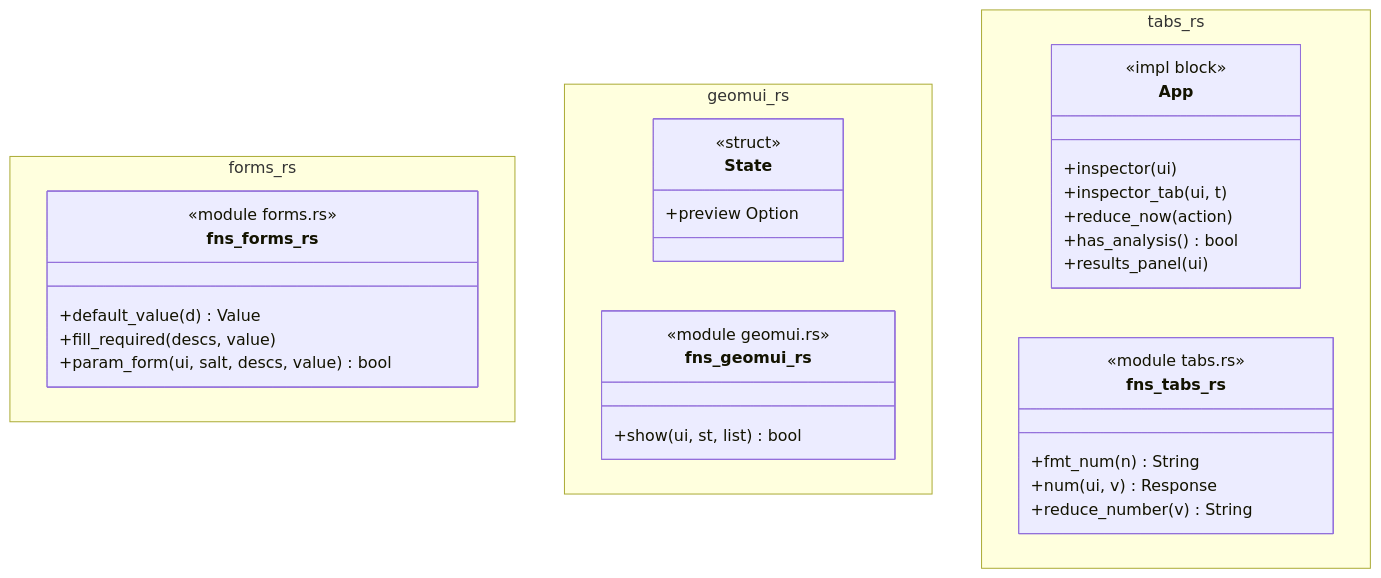
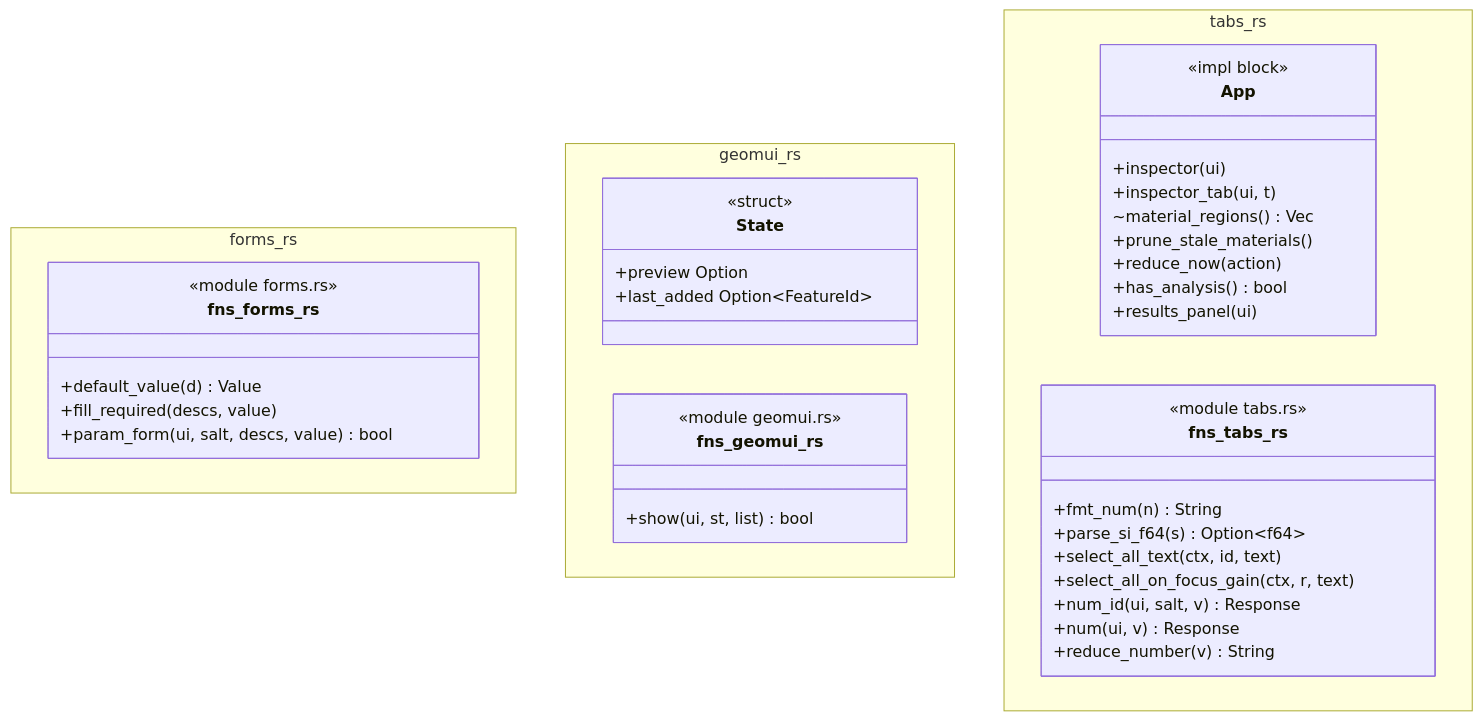
One commit to p-j-r/nyx changed the diagram in docs/architecture/c4/4-code/app/inspector.md. Above: the diagram before and after it, drawn with Mermaid. The commit also changed other lines of this file and 30 other files, not shown here.

````diff
--- a/docs/architecture/c4/4-code/app/inspector.md
+++ b/docs/architecture/c4/4-code/app/inspector.md
@@ -38,37 +38,44 @@
 ```mermaid
 classDiagram
   namespace forms_rs {
     class fns_forms_rs {
         <<module forms.rs>>
         +default_value(d) Value
         +fill_required(descs, value)
         +param_form(ui, salt, descs, value) bool
     }
   }
   namespace geomui_rs {
     class State {
         <<struct>>
         +preview Option
+        +last_added Option~FeatureId~
     }
     class fns_geomui_rs {
         <<module geomui.rs>>
         +show(ui, st, list) bool
     }
   }
   namespace tabs_rs {
     class App {
         <<impl block>>
         +inspector(ui)
         +inspector_tab(ui, t)
+        ~material_regions() Vec
+        +prune_stale_materials()
         +reduce_now(action)
         +has_analysis() bool
         +results_panel(ui)
     }
     class fns_tabs_rs {
         <<module tabs.rs>>
         +fmt_num(n) String
+        +parse_si_f64(s) Option~f64~
+        +select_all_text(ctx, id, text)
+        +select_all_on_focus_gain(ctx, r, text)
+        +num_id(ui, salt, v) Response
         +num(ui, v) Response
         +reduce_number(v) String
     }
   }
 ```
````
